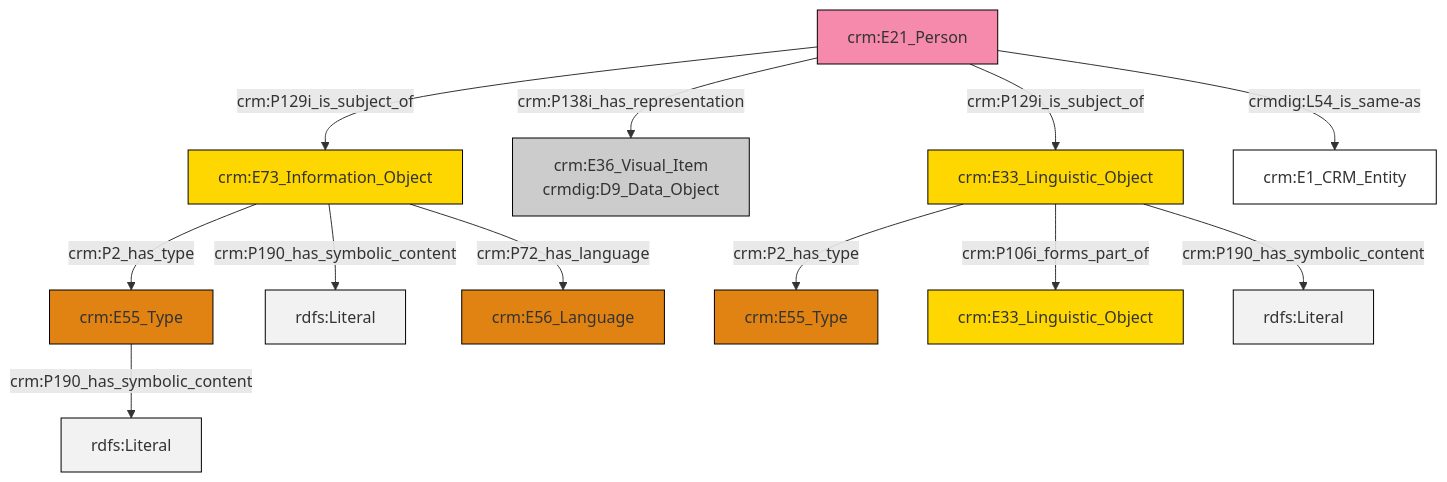
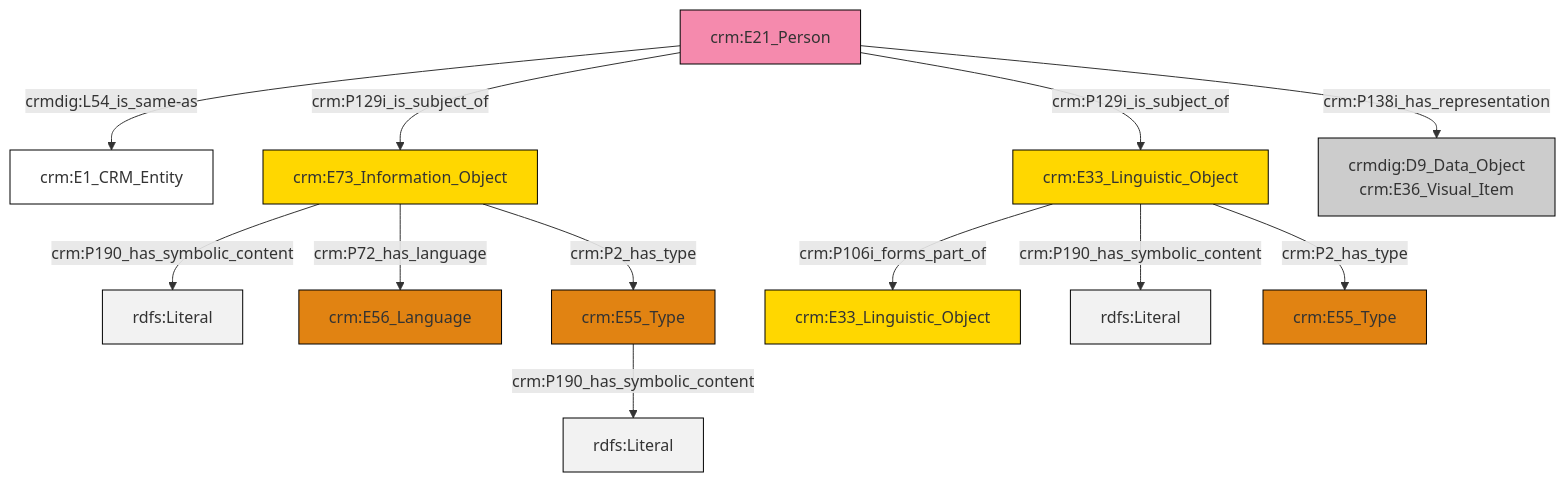
Before and after one commit to swiss-art-research-net/reference-data-models: the diagram in et/personCSV/ttl/mmd/Person_Documentation.ttl.mmd, drawn with Mermaid. The commit also changed 126 other files, not shown here.

```diff
--- a/et/personCSV/ttl/mmd/Person_Documentation.ttl.mmd
+++ b/et/personCSV/ttl/mmd/Person_Documentation.ttl.mmd
@@ -1,26 +1,26 @@
 graph TD
 classDef Literal fill:#f2f2f2,stroke:#000000;
 classDef CRM_Entity fill:#FFFFFF,stroke:#000000;
 classDef Temporal_Entity fill:#00C9E6, stroke:#000000;
 classDef Type fill:#E18312, stroke:#000000;
 classDef Time-Span fill:#2C9C91, stroke:#000000;
 classDef Appellation fill:#FFEB7F, stroke:#000000;
 classDef Place fill:#008836, stroke:#000000;
 classDef Persistent_Item fill:#B266B2, stroke:#000000;
 classDef Conceptual_Object fill:#FFD700, stroke:#000000;
 classDef Physical_Thing fill:#D2B48C, stroke:#000000;
 classDef Actor fill:#f58aad, stroke:#000000;
 classDef PC_Classes fill:#4ce600, stroke:#000000;
 classDef Multi fill:#cccccc,stroke:#000000;
 
-0["crm:E73_Information_Object"]:::Conceptual_Object -->|crm:P2_has_type| 1["crm:E55_Type"]:::Type
-3["crm:E21_Person"]:::Actor -->|crm:P129i_is_subject_of| 0["crm:E73_Information_Object"]:::Conceptual_Object
-3["crm:E21_Person"]:::Actor -->|crm:P138i_has_representation| 8["crm:E36_Visual_Item<br>crmdig:D9_Data_Object"]:::Multi
-3["crm:E21_Person"]:::Actor -->|crm:P129i_is_subject_of| 9["crm:E33_Linguistic_Object"]:::Conceptual_Object
-3["crm:E21_Person"]:::Actor -->|crmdig:L54_is_same-as| 13["crm:E1_CRM_Entity"]:::CRM_Entity
-9["crm:E33_Linguistic_Object"]:::Conceptual_Object -->|crm:P2_has_type| 11["crm:E55_Type"]:::Type
-1["crm:E55_Type"]:::Type -->|crm:P190_has_symbolic_content| 14[rdfs:Literal]:::Literal
-9["crm:E33_Linguistic_Object"]:::Conceptual_Object -->|crm:P106i_forms_part_of| 15["crm:E33_Linguistic_Object"]:::Conceptual_Object
-0["crm:E73_Information_Object"]:::Conceptual_Object -->|crm:P190_has_symbolic_content| 17[rdfs:Literal]:::Literal
-0["crm:E73_Information_Object"]:::Conceptual_Object -->|crm:P72_has_language| 6["crm:E56_Language"]:::Type
-9["crm:E33_Linguistic_Object"]:::Conceptual_Object -->|crm:P190_has_symbolic_content| 22[rdfs:Literal]:::Literal
+4["crm:E73_Information_Object"]:::Conceptual_Object -->|crm:P190_has_symbolic_content| 5[rdfs:Literal]:::Literal
+0["crm:E21_Person"]:::Actor -->|crmdig:L54_is_same-as| 6["crm:E1_CRM_Entity"]:::CRM_Entity
+9["crm:E33_Linguistic_Object"]:::Conceptual_Object -->|crm:P106i_forms_part_of| 10["crm:E33_Linguistic_Object"]:::Conceptual_Object
+11["crm:E55_Type"]:::Type -->|crm:P190_has_symbolic_content| 12[rdfs:Literal]:::Literal
+4["crm:E73_Information_Object"]:::Conceptual_Object -->|crm:P72_has_language| 7["crm:E56_Language"]:::Type
+0["crm:E21_Person"]:::Actor -->|crm:P129i_is_subject_of| 4["crm:E73_Information_Object"]:::Conceptual_Object
+9["crm:E33_Linguistic_Object"]:::Conceptual_Object -->|crm:P190_has_symbolic_content| 16[rdfs:Literal]:::Literal
+9["crm:E33_Linguistic_Object"]:::Conceptual_Object -->|crm:P2_has_type| 17["crm:E55_Type"]:::Type
+0["crm:E21_Person"]:::Actor -->|crm:P129i_is_subject_of| 9["crm:E33_Linguistic_Object"]:::Conceptual_Object
+0["crm:E21_Person"]:::Actor -->|crm:P138i_has_representation| 2["crmdig:D9_Data_Object<br>crm:E36_Visual_Item"]:::Multi
+4["crm:E73_Information_Object"]:::Conceptual_Object -->|crm:P2_has_type| 11["crm:E55_Type"]:::Type
```
